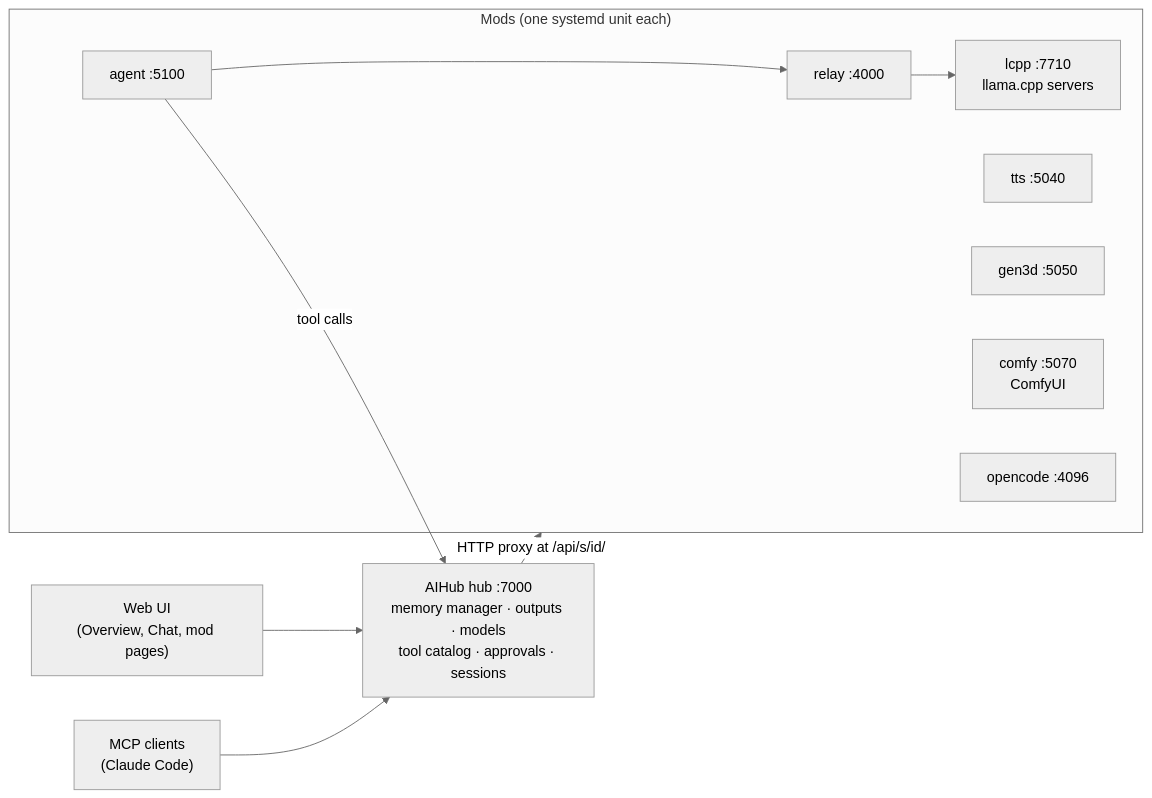
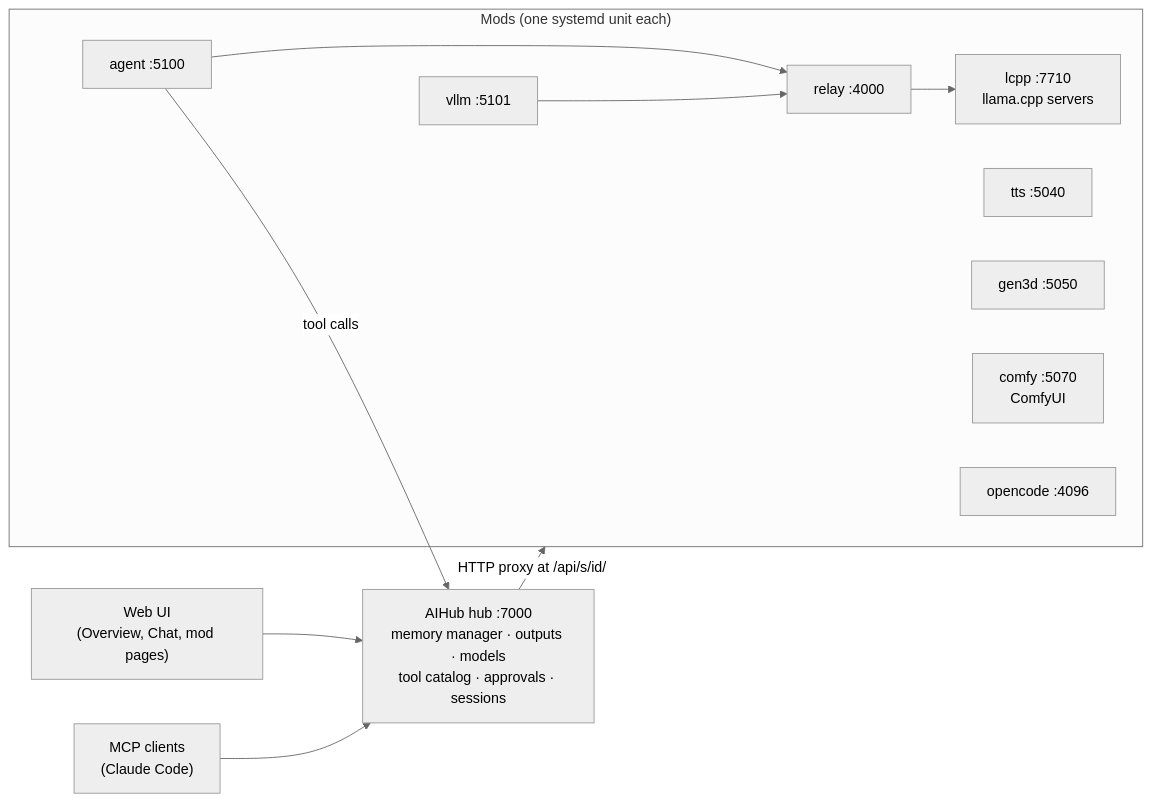
One commit to brendondgr/GAIFA changed the diagram in README.md. Above: the diagram before and after it, drawn with Mermaid (neutral theme). The commit also changed other lines of this file and 7 other files, not shown here.

````diff
--- a/README.md
+++ b/README.md
@@ -113,16 +134,17 @@
 ```mermaid
 flowchart LR
   UI["Web UI<br/>(Overview, Chat, mod pages)"] --> Hub
   MCP["MCP clients<br/>(Claude Code)"] --> Hub
   Hub["AIHub hub :7000<br/>memory manager · outputs · models<br/>tool catalog · approvals · sessions"]
   Hub -- "HTTP proxy at /api/s/id/" --> Mods
   subgraph Mods["Mods (one systemd unit each)"]
     relay["relay :4000"] --> lcpp["lcpp :7710<br/>llama.cpp servers"]
     agent["agent :5100"] --> relay
     tts["tts :5040"]
     gen3d["gen3d :5050"]
     comfy["comfy :5070<br/>ComfyUI"]
     opencode["opencode :4096"]
+    vllm["vllm :5101"] --> relay
   end
   agent -- "tool calls" --> Hub
 ```
````
